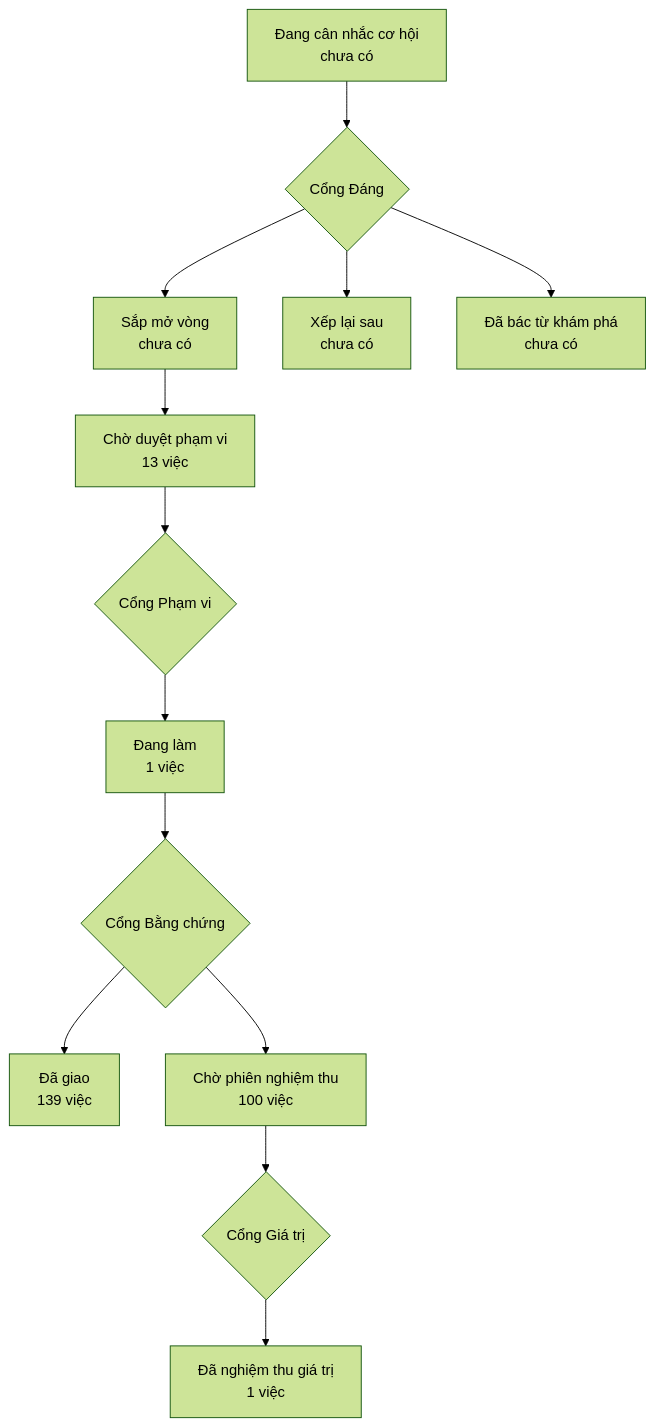
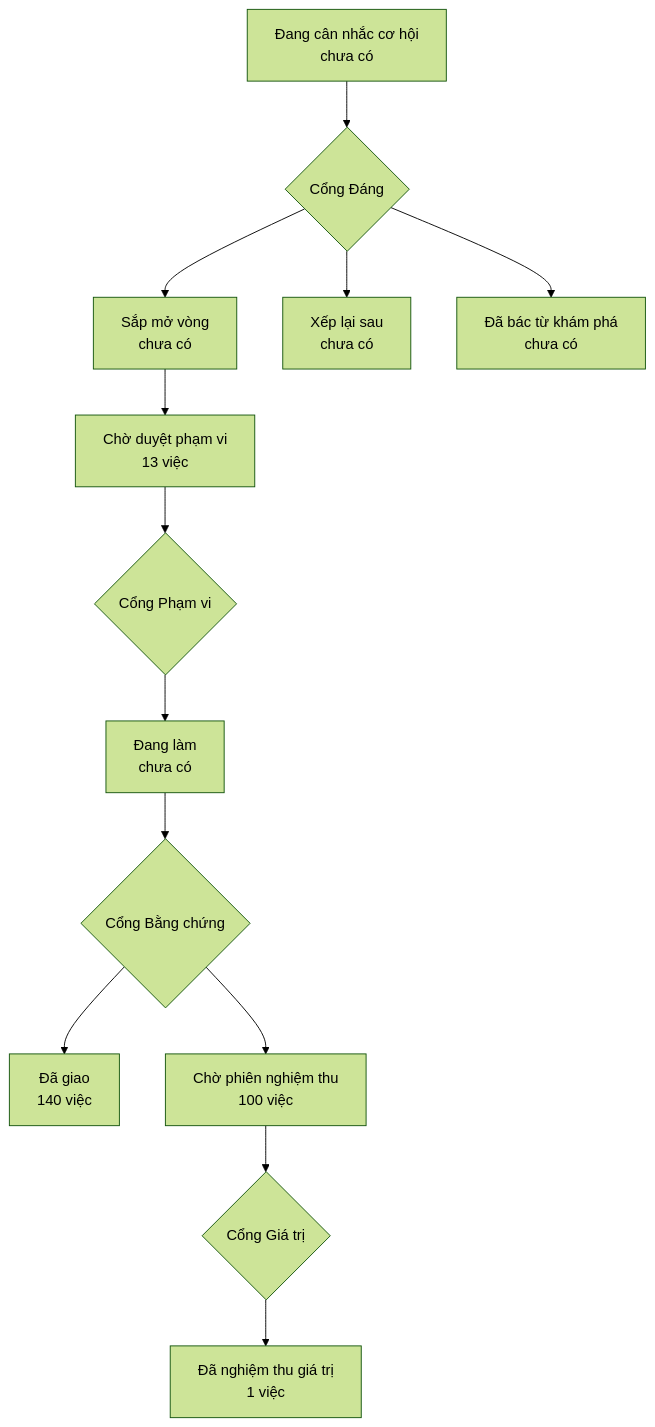
The diagram in PRODUCT-MAP.md (phanlemanh/onehub-invest), drawn with Mermaid (forest theme) before and after one commit. The commit also changed other lines of this file and 4 other files, not shown here.

````diff
--- a/PRODUCT-MAP.md
+++ b/PRODUCT-MAP.md
@@ -7,12 +7,12 @@
 ```mermaid
 flowchart TD
   A["Đang cân nhắc cơ hội<br/>chưa có"] --> GD{"Cổng Đáng"}
   GD --> B["Sắp mở vòng<br/>chưa có"]
   GD --> XL["Xếp lại sau<br/>chưa có"]
   GD --> DB["Đã bác từ khám phá<br/>chưa có"]
   B --> CD["Chờ duyệt phạm vi<br/>13 việc"] --> GP{"Cổng Phạm vi"}
-  GP --> DL["Đang làm<br/>1 việc"] --> GB{"Cổng Bằng chứng"}
-  GB --> DG["Đã giao<br/>139 việc"]
+  GP --> DL["Đang làm<br/>chưa có"] --> GB{"Cổng Bằng chứng"}
+  GB --> DG["Đã giao<br/>140 việc"]
   GB --> CN["Chờ phiên nghiệm thu<br/>100 việc"] --> GG{"Cổng Giá trị"}
   GG --> NT["Đã nghiệm thu giá trị<br/>1 việc"]
 ```
````
